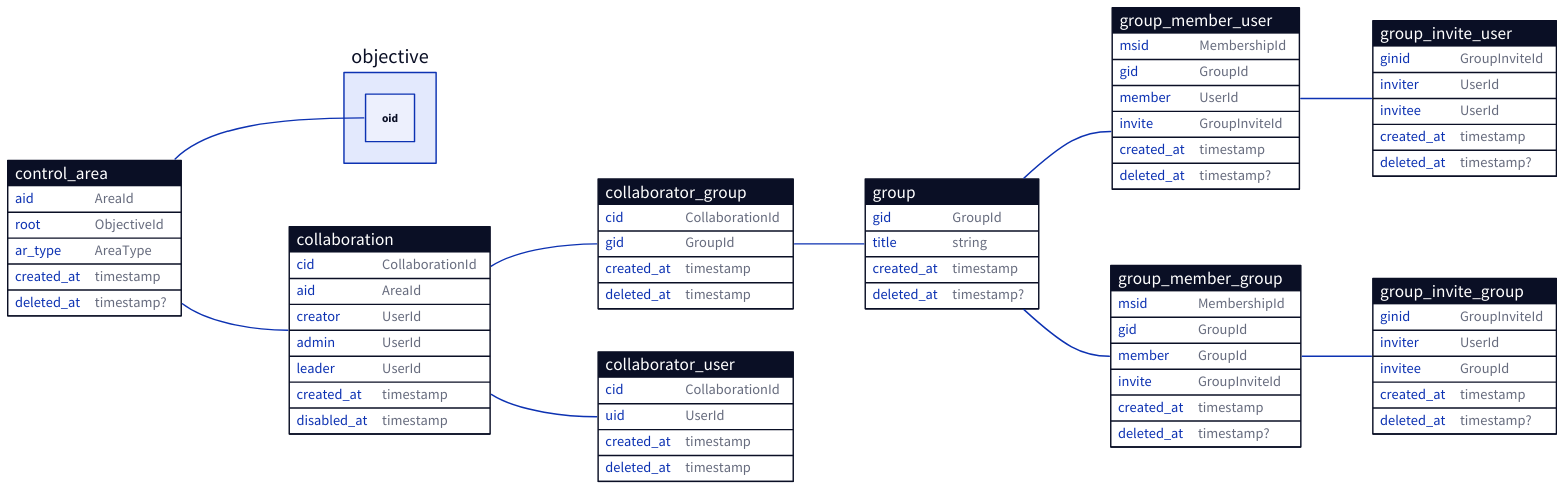
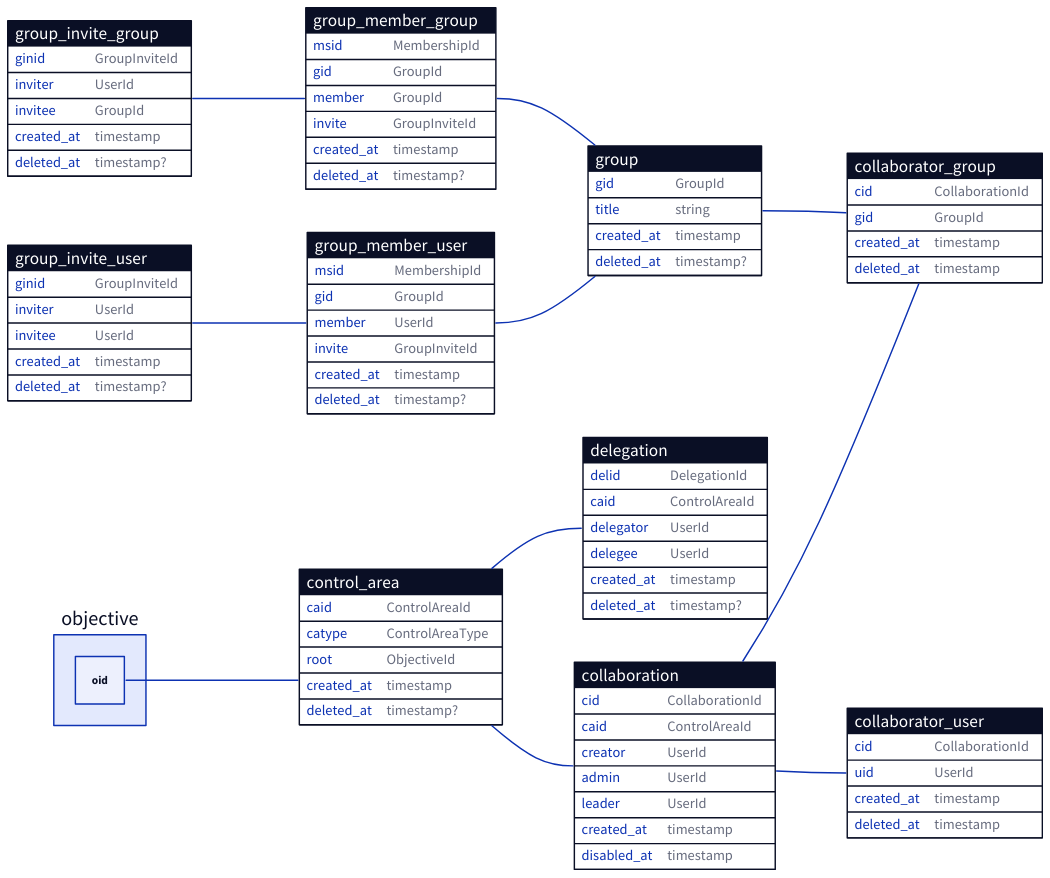
One commit to ufukty/logbook changed the diagram in docs/database/privileges.d2. Above: the diagram before and after it, drawn with D2. The commit also changed 3 other files, not shown here.

Commit message:
docs/database/privileges: adds `delegation`, renames column types to `ControlAreaId` and `ControlAreType` and improves layout by fixing growing aspect ratio

```diff
--- a/docs/database/privileges.d2
+++ b/docs/database/privileges.d2
@@ -1,120 +1,137 @@
 direction: right
 
 control_area: {
   shape: sql_table
 
-  aid: AreaId
+  caid: ControlAreaId
+  catype: ControlAreaType
+  
   root: ObjectiveId
-  ar_type: AreaType
 
   created_at: timestamp
   deleted_at: timestamp?
 }
 
 collaboration: {
   shape: sql_table
 
   cid: CollaborationId
-  aid: AreaId
+  caid: ControlAreaId
 
   creator: UserId
   admin: UserId
   leader: UserId
 
   created_at: timestamp
   disabled_at: timestamp
 }
 
 collaborator_group: {
   shape: sql_table
 
   cid: CollaborationId
   gid: GroupId
 
   created_at: timestamp
   deleted_at: timestamp
 }
 
 collaborator_user: {
   shape: sql_table
 
   cid: CollaborationId
   uid: UserId
 
   created_at: timestamp
   deleted_at: timestamp
 }
 
 group: {
   shape: sql_table
   
   gid: GroupId
   title: string
   
   created_at: timestamp
   deleted_at: timestamp?
 }
 
 group_member_user: {
   shape: sql_table
 
   msid: MembershipId
   
   gid: GroupId
   member: UserId
   invite: GroupInviteId
   
   created_at: timestamp
   deleted_at: timestamp?
 }
 
 group_member_group: {
   shape: sql_table
 
   msid: MembershipId
   
   gid: GroupId
   member: GroupId
   invite: GroupInviteId
   
   created_at: timestamp
   deleted_at: timestamp?
 }
 
 group_invite_group: {
   shape: sql_table
 
   ginid: GroupInviteId
   
   inviter: UserId
   invitee: GroupId
   
   created_at: timestamp
   deleted_at: timestamp?
 }
 
 group_invite_user: {
   shape: sql_table
 
   ginid: GroupInviteId
   
   inviter: UserId
   invitee: UserId
   
   created_at: timestamp
   deleted_at: timestamp?
 }
 
-control_area.root -- objective.oid
+delegation: {
+  shape: sql_table
 
-control_area.aid -- collaboration.aid
+  delid: DelegationId
+
+  caid: ControlAreaId
+
+  delegator: UserId
+  delegee: UserId
+
+  created_at: timestamp
+  deleted_at: timestamp?
+}
+
+objective.oid -- control_area.root
+
+control_area.caid -- delegation.caid
+control_area.caid -- collaboration.caid
+
 collaboration.cid -- collaborator_group.cid
 collaboration.cid -- collaborator_user.cid
 
-collaborator_group.gid -- group.gid
+group.gid -- collaborator_group.gid
 
-group.gid -- group_member_user.gid
-group.gid -- group_member_group.gid
+group_member_user.gid -- group.gid
+group_member_group.gid -- group.gid
 
-group_member_group.invite -- group_invite_group.ginid
-group_member_user.invite -- group_invite_user.ginid
+group_invite_group.ginid -- group_member_group.invite
+group_invite_user.ginid -- group_member_user.invite
```
